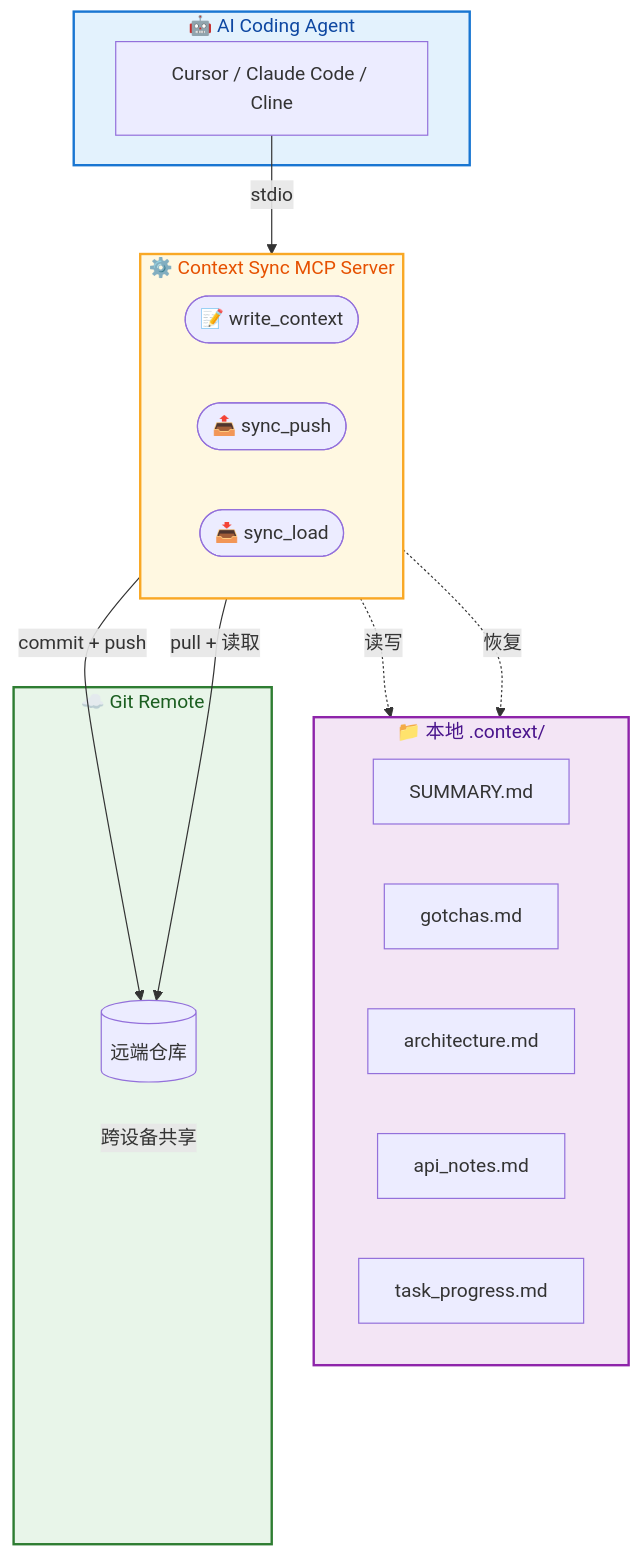
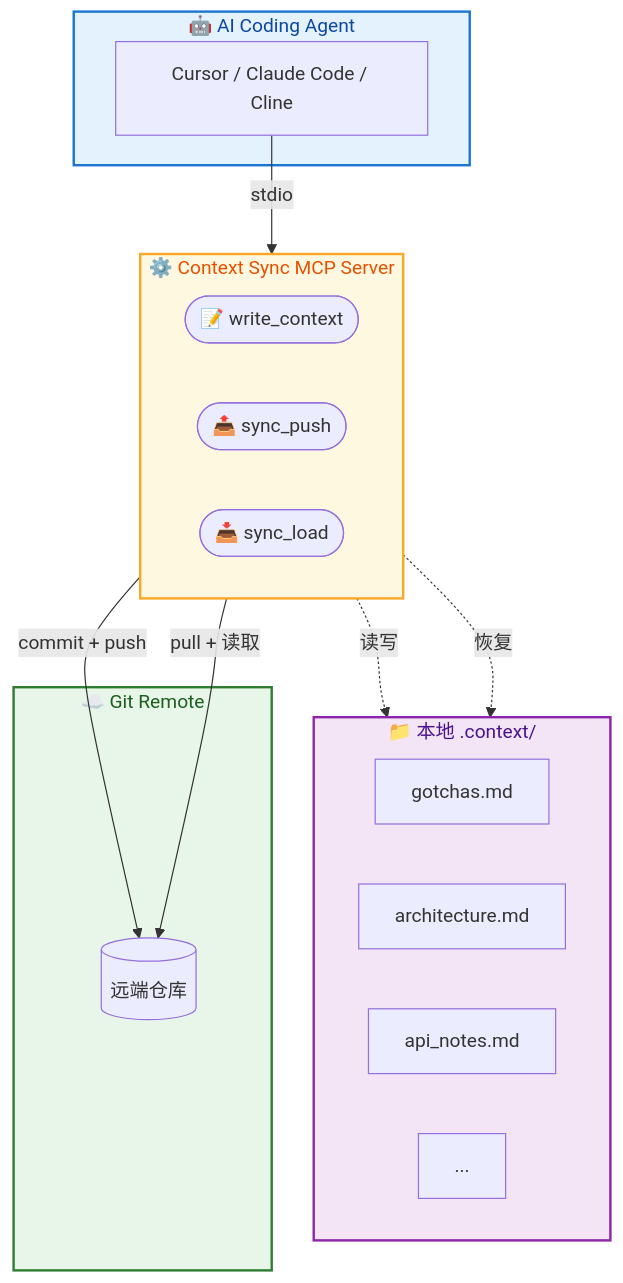
The first of 2 diagrams in README.md (1EchA/context-sync-mcp), drawn with Mermaid before and after one commit.

Commit message:
style: simplify .context/ file list in architecture diagram

````diff
--- a/README.md
+++ b/README.md
@@ -56,38 +56,36 @@
 ```mermaid
 flowchart TB
     subgraph Agent ["🤖 AI Coding Agent"]
         A["Cursor / Claude Code / Cline"]
     end
 
     subgraph Server ["⚙️ Context Sync MCP Server"]
         direction LR
         W(["📝 write_context"])
         P(["📤 sync_push"])
         L(["📥 sync_load"])
     end
 
     subgraph Files ["📁 本地 .context/"]
         direction LR
-        F1["SUMMARY.md"]
-        F2["gotchas.md"]
-        F3["architecture.md"]
-        F4["api_notes.md"]
-        F5["task_progress.md"]
+        F1["gotchas.md"]
+        F2["architecture.md"]
+        F3["api_notes.md"]
+        F0["..."]
     end
 
     subgraph Git ["☁️ Git Remote"]
         R[("远端仓库")]
     end
 
     A -- "stdio" --> Server
     W -. "读写" .-> Files
     P -- "commit + push" --> R
     L -- "pull + 读取" --> R
     L -. "恢复" .-> Files
-    R ~~~ |"跨设备共享"| R
 
     style Agent fill:#e3f2fd,stroke:#1976D2,stroke-width:2px,color:#0D47A1
     style Server fill:#fff8e1,stroke:#F9A825,stroke-width:2px,color:#E65100
     style Files fill:#f3e5f5,stroke:#8E24AA,stroke-width:2px,color:#4A148C
     style Git fill:#e8f5e9,stroke:#2E7D32,stroke-width:2px,color:#1B5E20
 ```
````
